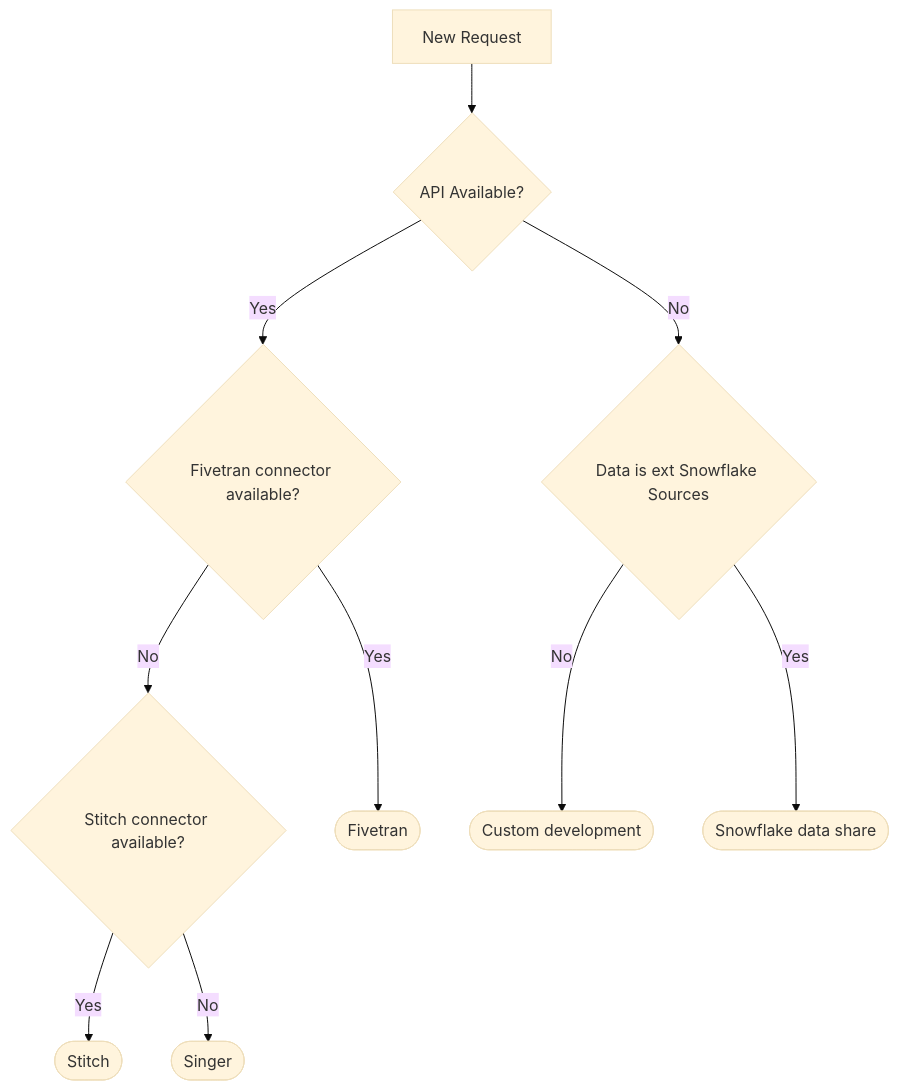
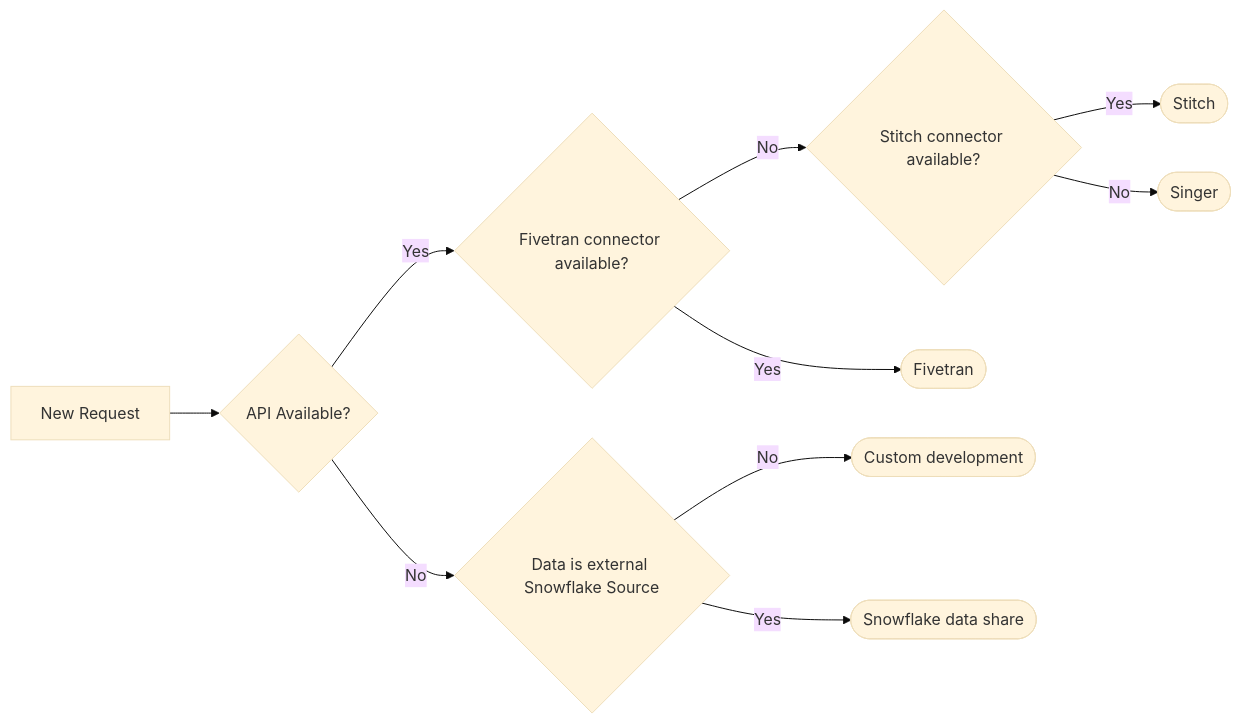
The diagram in business-technology/data-team/how-we-work/new-data-source/index.html.md (secretstartups/handbook), drawn with Mermaid (base theme) before and after one commit.

````diff
--- a/business-technology/data-team/how-we-work/new-data-source/index.html.md
+++ b/business-technology/data-team/how-we-work/new-data-source/index.html.md
@@ -75,27 +75,27 @@
 ```mermaid
-graph TD
+graph LR
    
 %%descisions
     api_available{API Available?}
     fivetran_connector_available{Fivetran connector available?}
     stitch_connector_available{Stitch connector available?}
-    data_is_ext_snowflake_sources{Data is ext Snowflake Sources}
+    data_is_ext_snowflake_sources{Data is external Snowflake Source}
 
 %%end solutions
     Fivetran([Fivetran])
     Stitch([Stitch])
     Singer([Singer])
     Custom([Custom development])
     Snowflake_datashare([Snowflake data share])
 
 %%flow
     ds_request[New Request]-->api_available
     api_available-->|Yes|fivetran_connector_available
     fivetran_connector_available-->|Yes|Fivetran
     fivetran_connector_available-->|No|stitch_connector_available
     stitch_connector_available-->|Yes|Stitch
     stitch_connector_available-->|No|Singer
     api_available-->|No|data_is_ext_snowflake_sources
     data_is_ext_snowflake_sources-->|Yes|Snowflake_datashare
     data_is_ext_snowflake_sources-->|No|Custom
 ```
````
